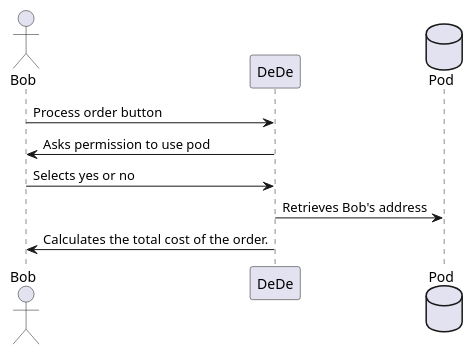
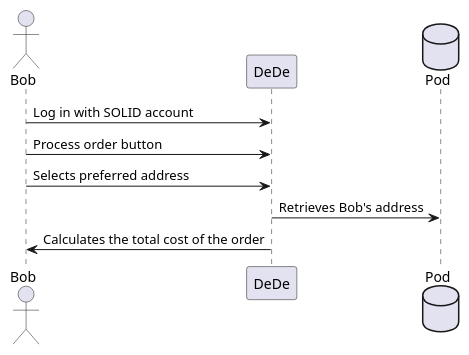
The second of 2 diagrams in docs/06_runtime_view.adoc (Arquisoft/dede_en1a), drawn with PlantUML before and after one commit. The commit also changed other lines of this file and 10 other files, not shown here.

```diff
--- a/docs/06_runtime_view.adoc
+++ b/docs/06_runtime_view.adoc
@@ -26,12 +27,12 @@
 [plantuml,"bob_buy",png]
 ----
 actor Bob
 participant DeDe
 database Pod
 
+Bob -> DeDe : Log in with SOLID account
 Bob -> DeDe : Process order button
-Bob <- DeDe : Asks permission to use pod
-Bob -> DeDe : Selects yes or no
+Bob -> DeDe : Selects preferred address
 DeDe -> Pod : Retrieves Bob's address
-Bob <- DeDe : Calculates the total cost of the order.
+Bob <- DeDe : Calculates the total cost of the order
 ----
```
